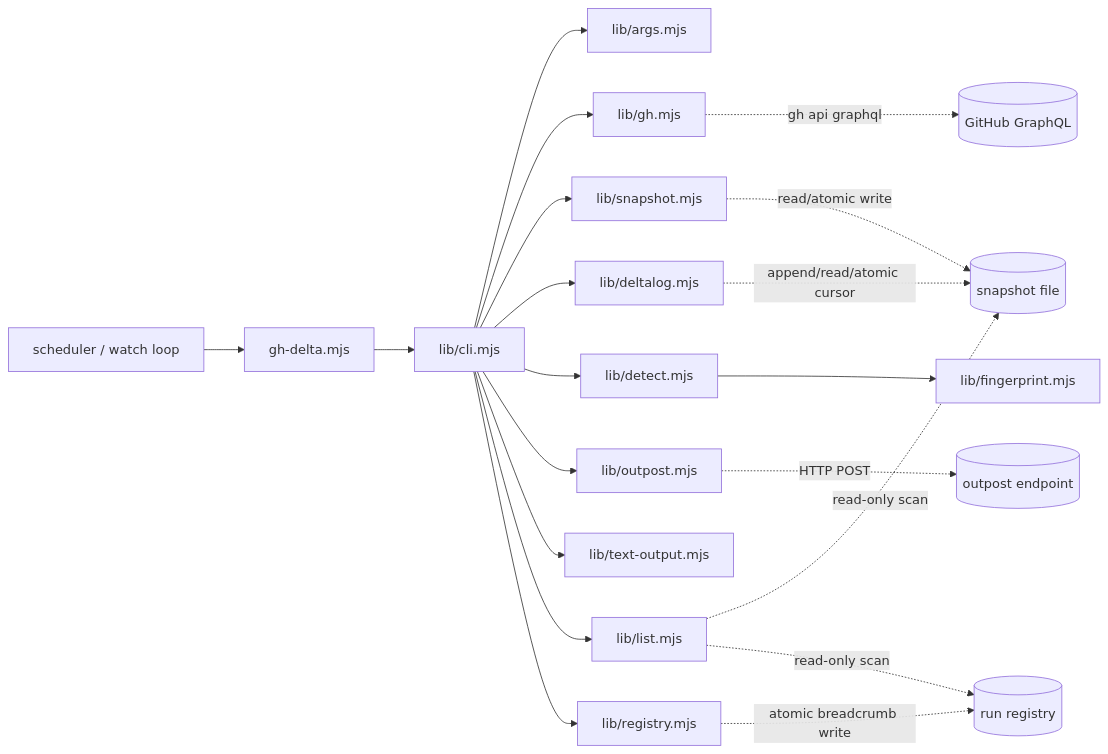
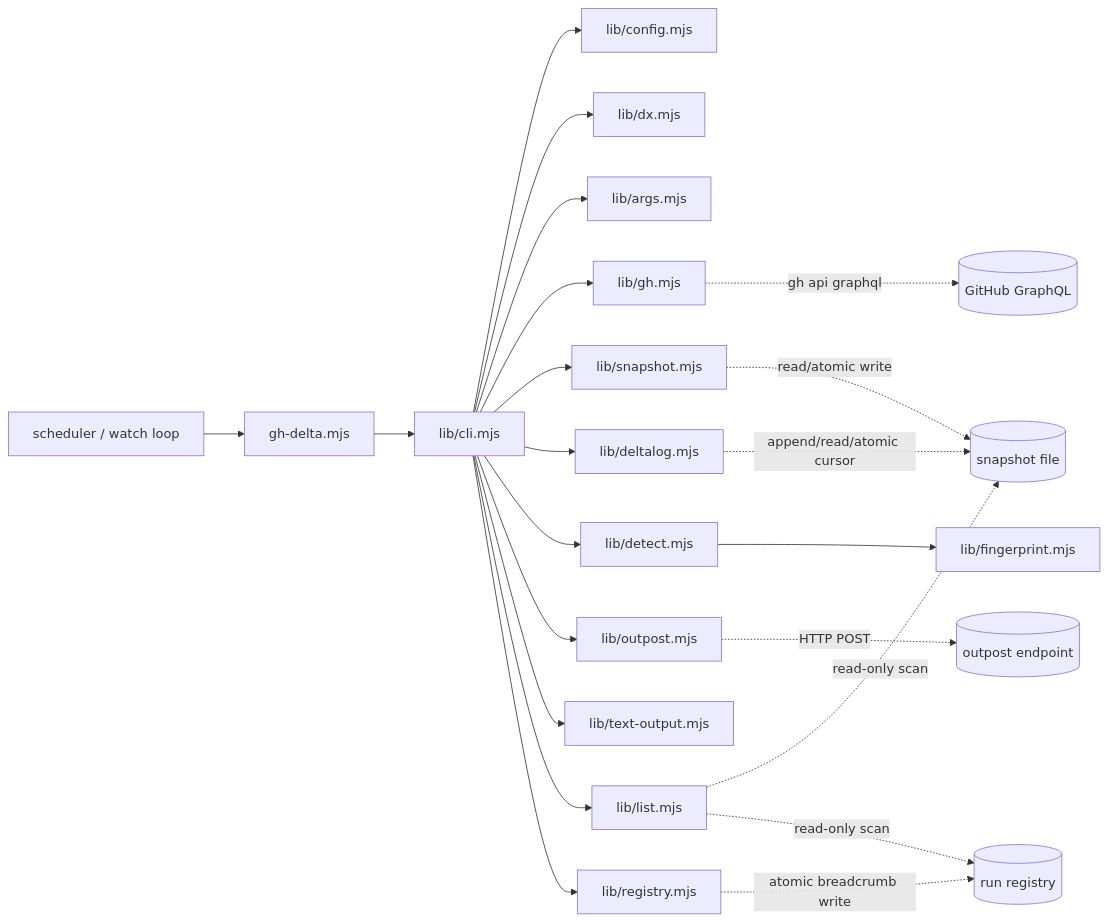
Before and after one commit to diegomarino/gh-delta: the first of 3 diagrams in docs/architecture.md, drawn with Mermaid. The commit also changed other lines of this file and 27 other files, not shown here.

````diff
--- a/docs/architecture.md
+++ b/docs/architecture.md
@@ -25,21 +25,23 @@
 ```mermaid
 flowchart LR
     Sched[scheduler / watch loop] --> Bin[gh-delta.mjs]
     Bin --> CLI[lib/cli.mjs]
+    CLI --> Config[lib/config.mjs]
+    CLI --> DX[lib/dx.mjs]
     CLI --> Args[lib/args.mjs]
     CLI --> GH[lib/gh.mjs]
     CLI --> Snap[lib/snapshot.mjs]
     CLI --> Log[lib/deltalog.mjs]
     CLI --> Det[lib/detect.mjs] --> FP[lib/fingerprint.mjs]
     CLI --> Out[lib/outpost.mjs]
     CLI --> Txt[lib/text-output.mjs]
     CLI --> Lst[lib/list.mjs]
     CLI --> Reg[lib/registry.mjs]
     GH -. gh api graphql .-> GitHub[(GitHub GraphQL)]
     Out -. HTTP POST .-> Endpoint[(outpost endpoint)]
     Snap -. read/atomic write .-> FS[(snapshot file)]
     Log -. append/read/atomic cursor .-> FS
     Reg -. atomic breadcrumb write .-> RegFS[(run registry)]
     Lst -. read-only scan .-> FS
     Lst -. read-only scan .-> RegFS
 ```
````
